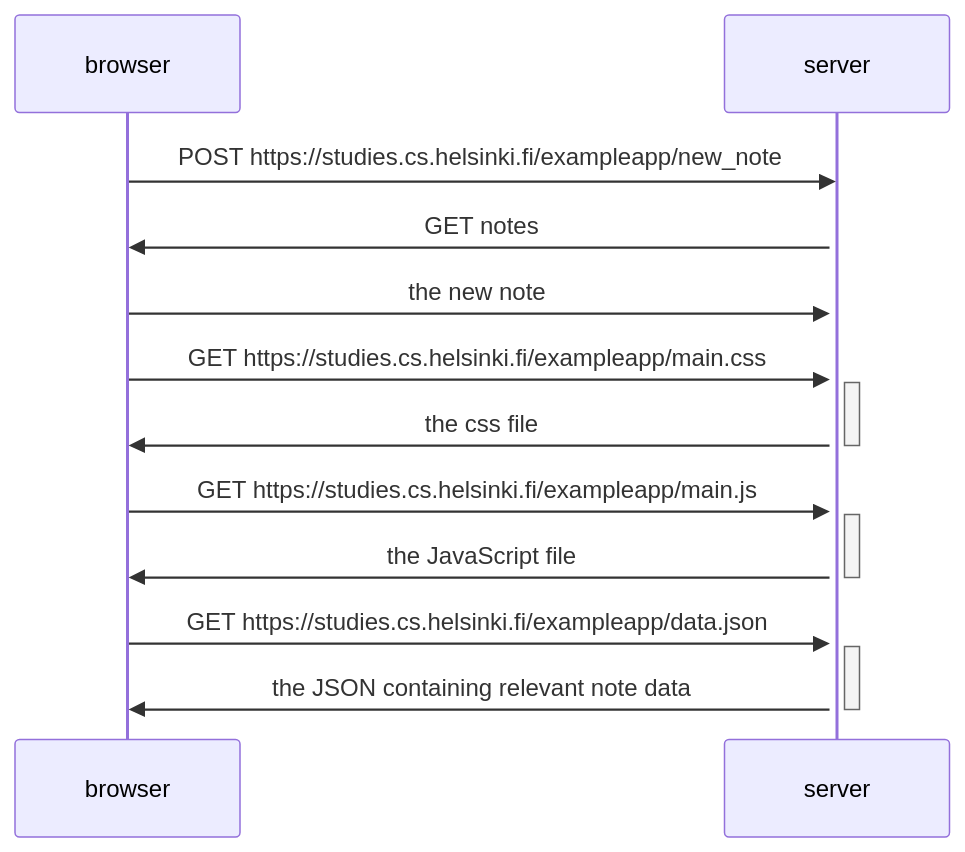
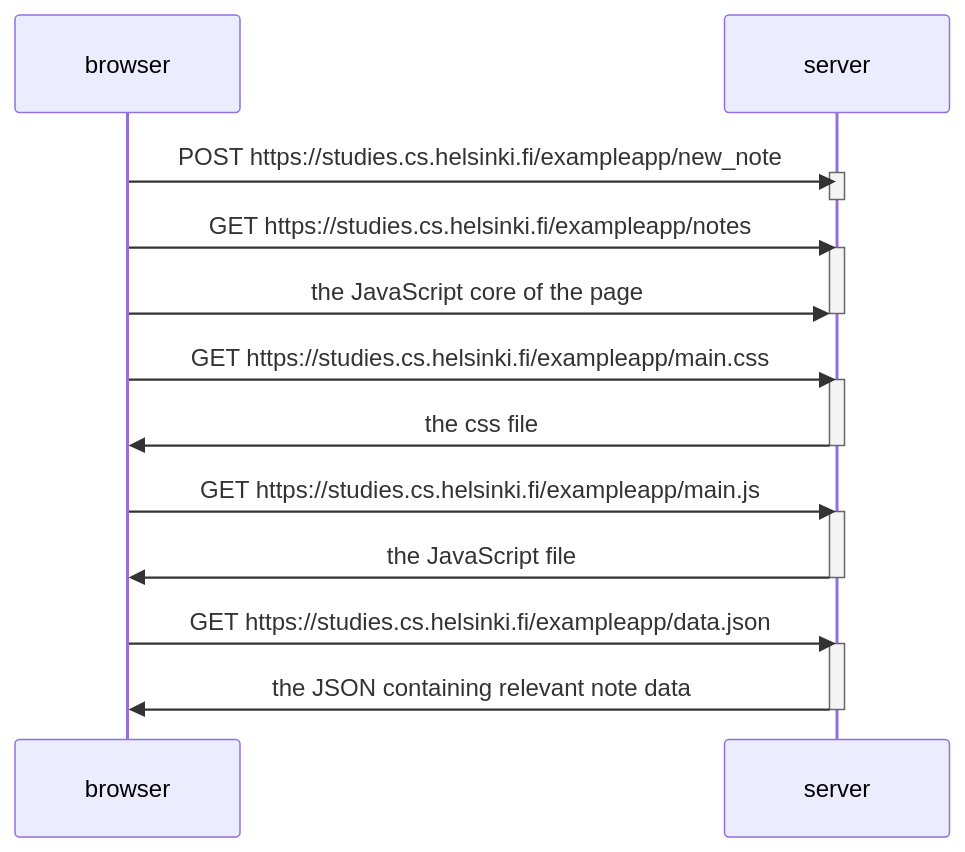
The diagram in part0/0.4-mermaid-create-note.md (BiggestGit/FullStack2026), drawn with Mermaid before and after one commit. The commit also changed 2 other files, not shown here.

Commit message:
made an effort despite myself

````diff
--- a/part0/0.4-mermaid-create-note.md
+++ b/part0/0.4-mermaid-create-note.md
@@ -1,26 +1,29 @@
 ```mermaid
   sequenceDiagram
     participant browser
     participant server
 
     browser->>server: POST https://studies.cs.helsinki.fi/exampleapp/new_note 
     activate server
-    server->>browser: GET notes
-    browser->>server: the new note
+    deactivate server
+
+    browser->>server: GET https://studies.cs.helsinki.fi/exampleapp/notes
     activate server
+    browser->>server: the JavaScript core of the page
+    deactivate server
 
     browser->>server: GET https://studies.cs.helsinki.fi/exampleapp/main.css 
     activate server
     server->>browser: the css file
     deactivate server
 
     browser->>server: GET https://studies.cs.helsinki.fi/exampleapp/main.js 
     activate server
     server->>browser: the JavaScript file
     deactivate server
 
     browser->>server: GET https://studies.cs.helsinki.fi/exampleapp/data.json
     activate server
     server->>browser: the JSON containing relevant note data
     deactivate server
 ```
````
